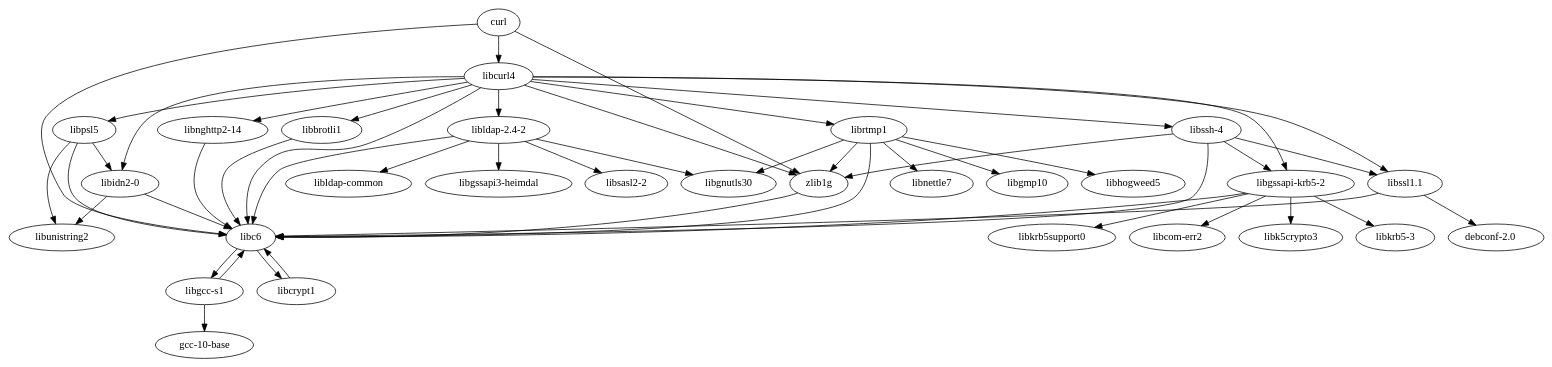
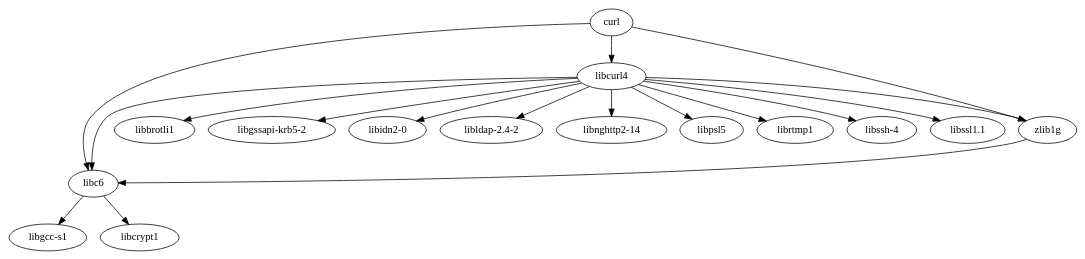
The diagram in output.dot (Mmm-max/config_managment), drawn with Graphviz before and after one commit. The commit also changed 7 other files, not shown here.

```diff
--- a/output.dot
+++ b/output.dot
@@ -1,150 +1,54 @@
 // Dependencies Graph
 digraph {
 	curl [label=curl]
 	libc6 [label=libc6]
 	curl -> libc6
 	libc6 [label=libc6]
 	"libgcc-s1" [label="libgcc-s1"]
 	libc6 -> "libgcc-s1"
-	"libgcc-s1" [label="libgcc-s1"]
-	"gcc-10-base" [label="gcc-10-base"]
-	"libgcc-s1" -> "gcc-10-base"
-	"libgcc-s1" [label="libgcc-s1"]
-	libc6 [label=libc6]
-	"libgcc-s1" -> libc6
 	libc6 [label=libc6]
 	libcrypt1 [label=libcrypt1]
 	libc6 -> libcrypt1
-	libcrypt1 [label=libcrypt1]
-	libc6 [label=libc6]
-	libcrypt1 -> libc6
 	curl [label=curl]
 	libcurl4 [label=libcurl4]
 	curl -> libcurl4
 	libcurl4 [label=libcurl4]
 	libbrotli1 [label=libbrotli1]
 	libcurl4 -> libbrotli1
-	libbrotli1 [label=libbrotli1]
-	libc6 [label=libc6]
-	libbrotli1 -> libc6
 	libcurl4 [label=libcurl4]
 	libc6 [label=libc6]
 	libcurl4 -> libc6
 	libcurl4 [label=libcurl4]
 	"libgssapi-krb5-2" [label="libgssapi-krb5-2"]
 	libcurl4 -> "libgssapi-krb5-2"
-	"libgssapi-krb5-2" [label="libgssapi-krb5-2"]
-	libc6 [label=libc6]
-	"libgssapi-krb5-2" -> libc6
-	"libgssapi-krb5-2" [label="libgssapi-krb5-2"]
-	"libcom-err2" [label="libcom-err2"]
-	"libgssapi-krb5-2" -> "libcom-err2"
-	"libgssapi-krb5-2" [label="libgssapi-krb5-2"]
-	libk5crypto3 [label=libk5crypto3]
-	"libgssapi-krb5-2" -> libk5crypto3
-	"libgssapi-krb5-2" [label="libgssapi-krb5-2"]
-	"libkrb5-3" [label="libkrb5-3"]
-	"libgssapi-krb5-2" -> "libkrb5-3"
-	"libgssapi-krb5-2" [label="libgssapi-krb5-2"]
-	libkrb5support0 [label=libkrb5support0]
-	"libgssapi-krb5-2" -> libkrb5support0
 	libcurl4 [label=libcurl4]
 	"libidn2-0" [label="libidn2-0"]
 	libcurl4 -> "libidn2-0"
-	"libidn2-0" [label="libidn2-0"]
-	libc6 [label=libc6]
-	"libidn2-0" -> libc6
-	"libidn2-0" [label="libidn2-0"]
-	libunistring2 [label=libunistring2]
-	"libidn2-0" -> libunistring2
 	libcurl4 [label=libcurl4]
 	"libldap-2.4-2" [label="libldap-2.4-2"]
 	libcurl4 -> "libldap-2.4-2"
-	"libldap-2.4-2" [label="libldap-2.4-2"]
-	libc6 [label=libc6]
-	"libldap-2.4-2" -> libc6
-	"libldap-2.4-2" [label="libldap-2.4-2"]
-	libgnutls30 [label=libgnutls30]
-	"libldap-2.4-2" -> libgnutls30
-	"libldap-2.4-2" [label="libldap-2.4-2"]
-	"libgssapi3-heimdal" [label="libgssapi3-heimdal"]
-	"libldap-2.4-2" -> "libgssapi3-heimdal"
-	"libldap-2.4-2" [label="libldap-2.4-2"]
-	"libsasl2-2" [label="libsasl2-2"]
-	"libldap-2.4-2" -> "libsasl2-2"
-	"libldap-2.4-2" [label="libldap-2.4-2"]
-	"libldap-common" [label="libldap-common"]
-	"libldap-2.4-2" -> "libldap-common"
 	libcurl4 [label=libcurl4]
 	"libnghttp2-14" [label="libnghttp2-14"]
 	libcurl4 -> "libnghttp2-14"
-	"libnghttp2-14" [label="libnghttp2-14"]
-	libc6 [label=libc6]
-	"libnghttp2-14" -> libc6
 	libcurl4 [label=libcurl4]
 	libpsl5 [label=libpsl5]
 	libcurl4 -> libpsl5
-	libpsl5 [label=libpsl5]
-	"libidn2-0" [label="libidn2-0"]
-	libpsl5 -> "libidn2-0"
-	libpsl5 [label=libpsl5]
-	libc6 [label=libc6]
-	libpsl5 -> libc6
-	libpsl5 [label=libpsl5]
-	libunistring2 [label=libunistring2]
-	libpsl5 -> libunistring2
 	libcurl4 [label=libcurl4]
 	librtmp1 [label=librtmp1]
 	libcurl4 -> librtmp1
-	librtmp1 [label=librtmp1]
-	libc6 [label=libc6]
-	librtmp1 -> libc6
-	librtmp1 [label=librtmp1]
-	libgmp10 [label=libgmp10]
-	librtmp1 -> libgmp10
-	librtmp1 [label=librtmp1]
-	libgnutls30 [label=libgnutls30]
-	librtmp1 -> libgnutls30
-	librtmp1 [label=librtmp1]
-	libhogweed5 [label=libhogweed5]
-	librtmp1 -> libhogweed5
-	librtmp1 [label=librtmp1]
-	libnettle7 [label=libnettle7]
-	librtmp1 -> libnettle7
-	librtmp1 [label=librtmp1]
-	zlib1g [label=zlib1g]
-	librtmp1 -> zlib1g
 	libcurl4 [label=libcurl4]
 	"libssh-4" [label="libssh-4"]
 	libcurl4 -> "libssh-4"
-	"libssh-4" [label="libssh-4"]
-	libc6 [label=libc6]
-	"libssh-4" -> libc6
-	"libssh-4" [label="libssh-4"]
-	"libgssapi-krb5-2" [label="libgssapi-krb5-2"]
-	"libssh-4" -> "libgssapi-krb5-2"
-	"libssh-4" [label="libssh-4"]
-	"libssl1.1" [label="libssl1.1"]
-	"libssh-4" -> "libssl1.1"
-	"libssh-4" [label="libssh-4"]
-	zlib1g [label=zlib1g]
-	"libssh-4" -> zlib1g
 	libcurl4 [label=libcurl4]
 	"libssl1.1" [label="libssl1.1"]
 	libcurl4 -> "libssl1.1"
-	"libssl1.1" [label="libssl1.1"]
-	libc6 [label=libc6]
-	"libssl1.1" -> libc6
-	"libssl1.1" [label="libssl1.1"]
-	<debconf-2.0> [label=<debconf-2.0>]
-	"libssl1.1" -> <debconf-2.0>
 	libcurl4 [label=libcurl4]
 	zlib1g [label=zlib1g]
 	libcurl4 -> zlib1g
+	curl [label=curl]
+	zlib1g [label=zlib1g]
+	curl -> zlib1g
 	zlib1g [label=zlib1g]
 	libc6 [label=libc6]
 	zlib1g -> libc6
-	curl [label=curl]
-	zlib1g [label=zlib1g]
-	curl -> zlib1g
 }
```
